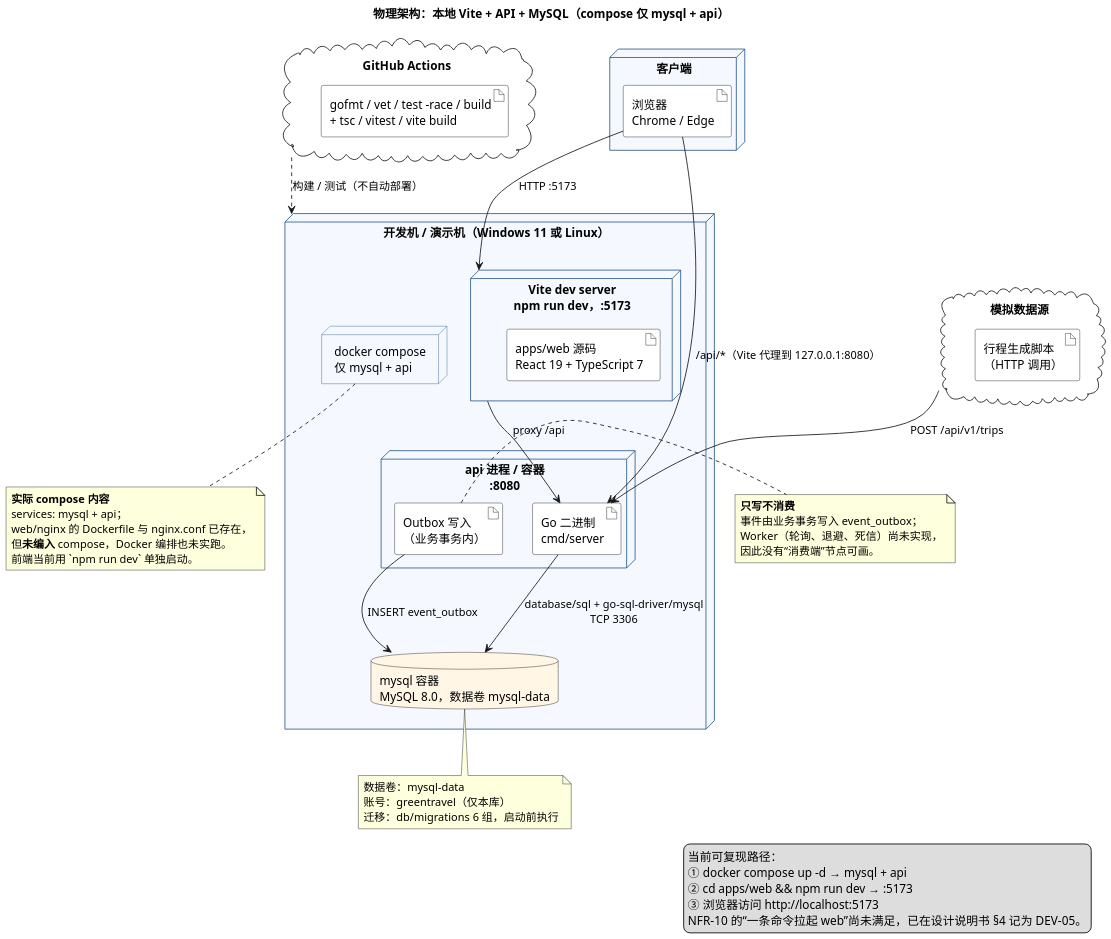
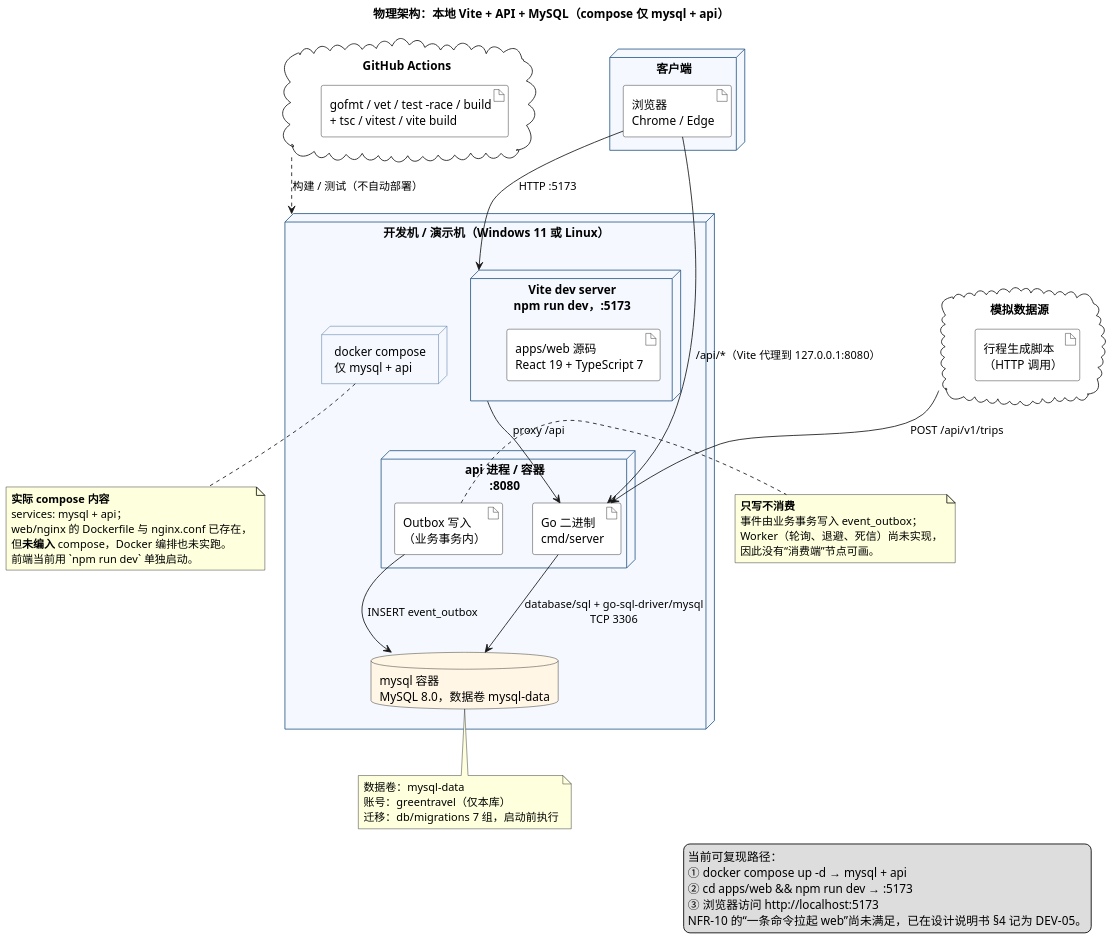
Before and after one commit to chiyan11/green-travel-points: the diagram in docs/uml/06-部署图.puml, drawn with PlantUML. The commit also changed 12 other files, not shown here.

```diff
--- a/docs/uml/06-部署图.puml
+++ b/docs/uml/06-部署图.puml
@@ -1,83 +1,83 @@
 @startuml 图2-2 系统物理架构 部署图
 ' 依据：docs/设计规格说明书.md §2.1.3；deploy/docker-compose.yml（2026-11-24 实际内容）
 ' 事实：compose 只有 mysql + api；web 用 Vite dev server 单独启动；nginx 未编入；Worker 未实现
 
 skinparam defaultFontName "Microsoft YaHei"
 skinparam dpi 150
 skinparam shadowing false
 skinparam node {
   BackgroundColor #F5F9FF
   BorderColor #2E5C8A
 }
 skinparam databaseBackgroundColor #FFF6E5
 skinparam artifactBackgroundColor #FFFFFF
 
 title 物理架构：本地 Vite + API + MySQL（compose 仅 mysql + api）
 
 node "客户端" as client {
   artifact "浏览器\nChrome / Edge" as browser
 }
 
 node "开发机 / 演示机（Windows 11 或 Linux）" as host {
 
   node "Vite dev server\nnpm run dev，:5173" as vite {
     artifact "apps/web 源码\nReact 19 + TypeScript 7" as webapp
   }
 
   node "api 进程 / 容器\n:8080" as apinode {
     artifact "Go 二进制\ncmd/server" as apisvc
     artifact "Outbox 写入\n（业务事务内）" as outboxwrite
   }
 
   database "mysql 容器\nMySQL 8.0，数据卷 mysql-data" as mysql
 
   node "docker compose\n仅 mysql + api" as compose
 }
 
 cloud "GitHub Actions" as ci {
   artifact "gofmt / vet / test -race / build\n+ tsc / vitest / vite build" as pipeline
 }
 
 cloud "模拟数据源" as sim {
   artifact "行程生成脚本\n（HTTP 调用）" as gen
 }
 
 ' ---------- 通信 ----------
 browser --> vite : HTTP :5173
 browser --> apisvc : /api/*（Vite 代理到 127.0.0.1:8080）
 vite --> apisvc : proxy /api
 apisvc --> mysql : database/sql + go-sql-driver/mysql\nTCP 3306
 outboxwrite --> mysql : INSERT event_outbox
 sim --> apisvc : POST /api/v1/trips
 ci ..> host : 构建 / 测试（不自动部署）
 
 note right of outboxwrite
   **只写不消费**
   事件由业务事务写入 event_outbox；
   Worker（轮询、退避、死信）尚未实现，
   因此没有“消费端”节点可画。
 end note
 
 note bottom of mysql
   数据卷：mysql-data
   账号：greentravel（仅本库）
-  迁移：db/migrations 6 组，启动前执行
+  迁移：db/migrations 7 组，启动前执行
 end note
 
 note bottom of compose
   **实际 compose 内容**
   services: mysql + api；
   web/nginx 的 Dockerfile 与 nginx.conf 已存在，
   但**未编入** compose，Docker 编排也未实跑。
   前端当前用 `npm run dev` 单独启动。
 end note
 
 legend right
   当前可复现路径：
   ① docker compose up -d  → mysql + api
   ② cd apps/web && npm run dev → :5173
   ③ 浏览器访问 http://localhost:5173
   NFR-10 的“一条命令拉起 web”尚未满足，已在设计说明书 §4 记为 DEV-05。
 endlegend
 
 @enduml
```
